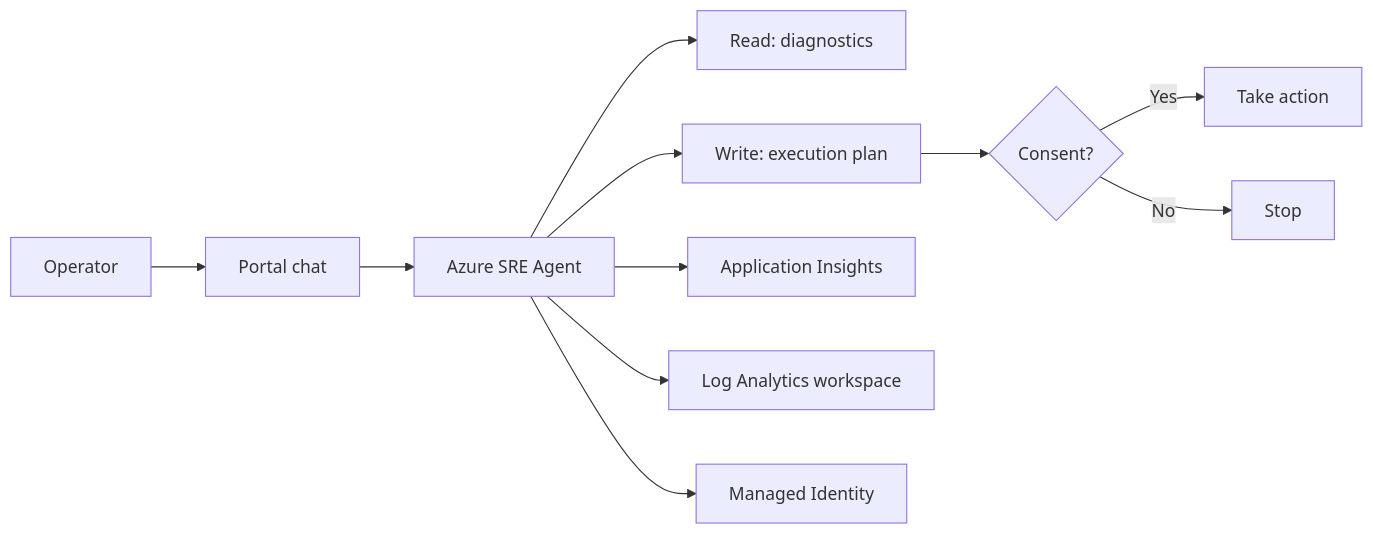
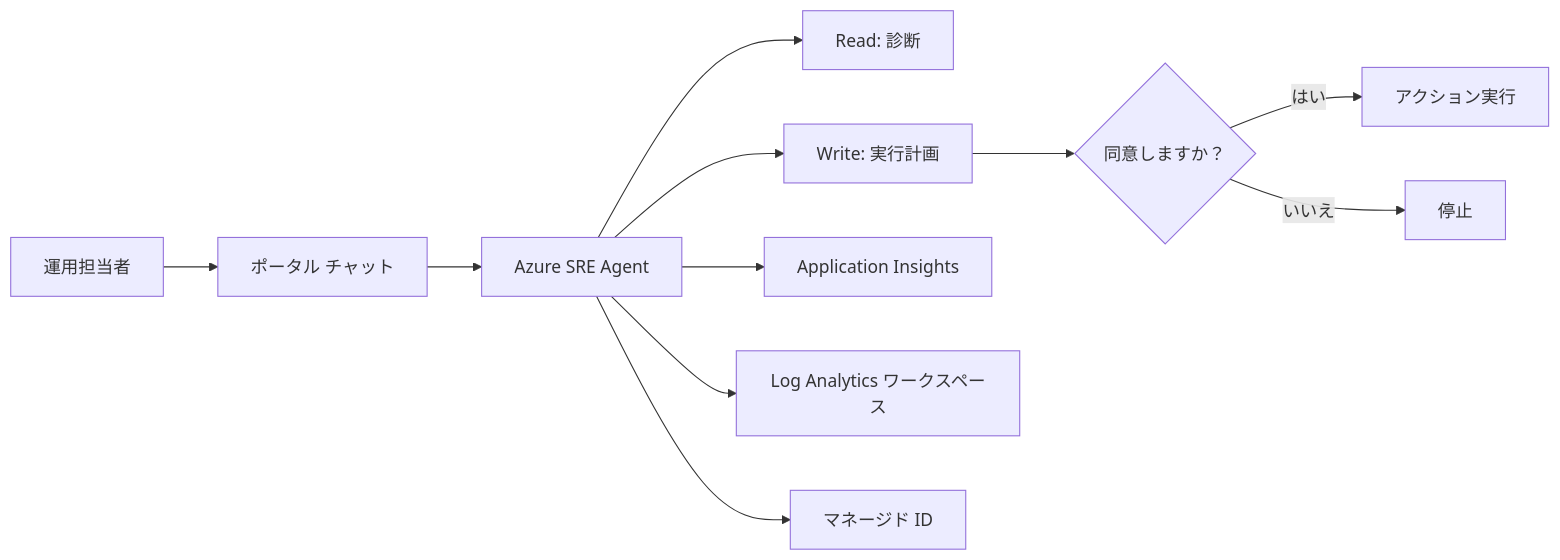
One commit to TakumiSeo/Tech-BLOG changed the first of 12 diagrams in content/posts/ja-jp/sre-agent-planning.md. Above: the diagram before and after it, drawn with Mermaid. The commit also changed other lines of this file, not shown here.

````diff
--- a/content/posts/ja-jp/sre-agent-planning.md
+++ b/content/posts/ja-jp/sre-agent-planning.md
@@ -87,14 +87,14 @@
 ```mermaid
 flowchart LR
-  U["Operator"] --> Chat["Portal chat"]
+  U["運用担当者"] --> Chat["ポータル チャット"]
   Chat --> Agent["Azure SRE Agent"]
-  Agent --> Read["Read: diagnostics"]
-  Agent --> Plan["Write: execution plan"]
-  Plan --> Consent{"Consent?"}
-  Consent -->|Yes| Act["Take action"]
-  Consent -->|No| Stop["Stop"]
+  Agent --> Read["Read: 診断"]
+  Agent --> Plan["Write: 実行計画"]
+  Plan --> Consent{"同意しますか？"}
+  Consent -->|はい| Act["アクション実行"]
+  Consent -->|いいえ| Stop["停止"]
 
   Agent --> AI["Application Insights"]
-  Agent --> LA["Log Analytics workspace"]
-  Agent --> MI["Managed Identity"]
+  Agent --> LA["Log Analytics ワークスペース"]
+  Agent --> MI["マネージド ID"]
 ```
````
